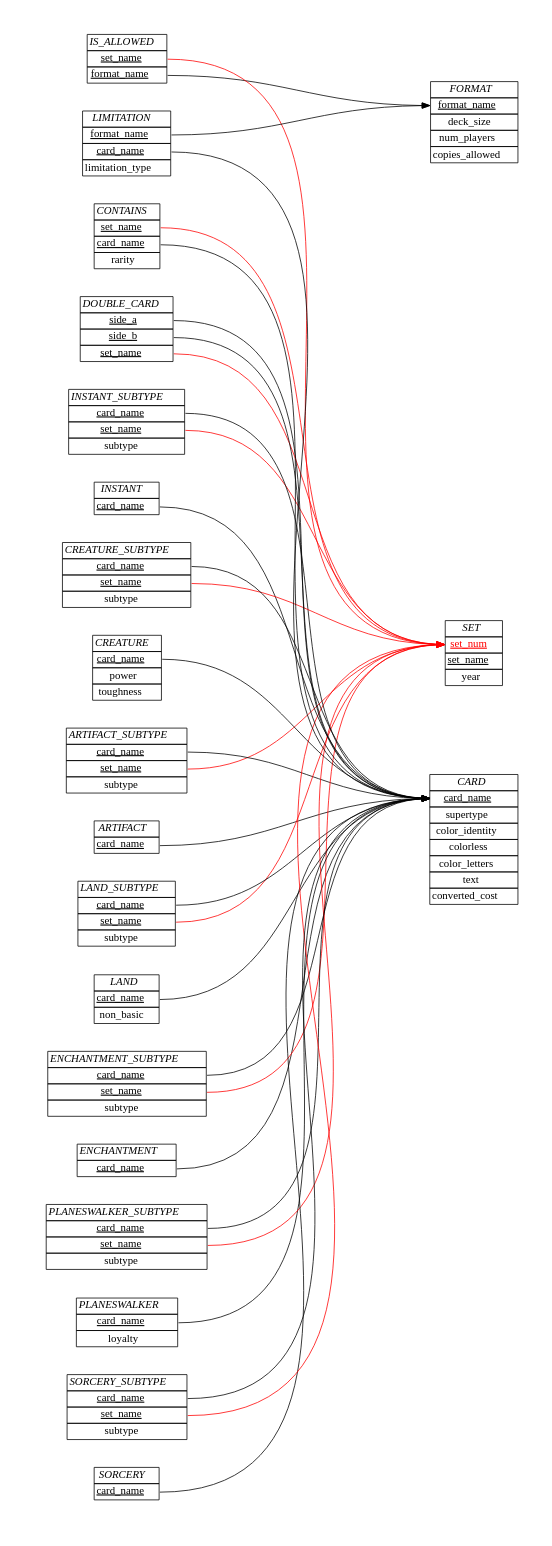
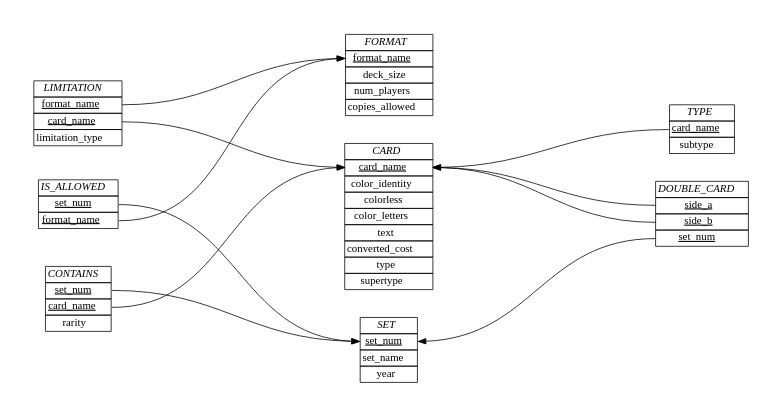
The diagram in schema/ER_diagram.dot (akilmarshall/trumark), drawn with Graphviz before and after one commit. The commit also changed 1 other file, not shown here.

Commit message:
updated the schema diagram

```diff
--- a/schema/ER_diagram.dot
+++ b/schema/ER_diagram.dot
@@ -11,162 +11,62 @@
         <tr><td port="3">num_players</td></tr>
         <tr><td port="4">copies_allowed</td></tr>
         </table>>];
+
     Set [label=<
         <table border="0" cellborder="1" cellspacing="0">
         <tr><td><i>SET</i></td></tr>
-        <tr><td port="1"><u><font color="red">set_num</font></u></td></tr>
-        <tr><td port="1"><u><font color="black">set_name</font></u></td></tr>
+        <tr><td port="1"><u><font color="black">set_num</font></u></td></tr>
+        <tr><td port="1"><font color="black">set_name</font></td></tr>
         <tr><td port="2">year</td></tr>
         </table>>];
+
     Card [label=<
         <table border="0" cellborder="1" cellspacing="0">
         <tr><td><i>CARD</i></td></tr>
         <tr><td port="1"><u><font color="black">card_name</font></u></td></tr>
-        <tr><td port="3">supertype</td></tr>
-        <tr><td port="4">color_identity</td></tr>
-        <tr><td port="5">colorless</td></tr>
-        <tr><td port="6">color_letters</td></tr>
-        <tr><td port="7">text</td></tr>
-        <tr><td port="8">converted_cost</td></tr>
+        <tr><td port="6">color_identity</td></tr>
+        <tr><td port="7">colorless</td></tr>
+        <tr><td port="8">color_letters</td></tr>
+        <tr><td port="9">text</td></tr>
+        <tr><td port="10">converted_cost</td></tr>
+        </table>>];
 
+    Card [label=<
+        <table border="0" cellborder="1" cellspacing="0">
+        <tr><td><i>CARD</i></td></tr>
+        <tr><td port="1"><u><font color="black">card_name</font></u></td></tr>
+        <tr><td port="2">color_identity</td></tr>
+        <tr><td port="3">colorless</td></tr>
+        <tr><td port="4">color_letters</td></tr>
+        <tr><td port="5">text</td></tr>
+        <tr><td port="6">converted_cost</td></tr>
+        <tr><td port="7">type</td></tr>
+        <tr><td port="8">supertype</td></tr>
         </table>>];
-        subgraph cluster_artifact {
-            rank=same;
-            style=invis;
-            Artifact [label=<
-                <table border="0" cellborder="1" cellspacing="0">
-                <tr><td><i>ARTIFACT</i></td></tr>
-                <tr><td port="1"><u>card_name</u></td></tr>
-                </table>>];
-            Artifact_subtype [label=<
-                <table border="0" cellborder="1" cellspacing="0">
-                <tr><td><i>ARTIFACT_SUBTYPE</i></td></tr>
-                <tr><td port="1"><u>card_name</u></td></tr>
-                <tr><td port="2"><u>set_name</u></td></tr>
-                <tr><td port="2">subtype</td></tr>
-                </table>>];
-        }
-        subgraph cluster_land {
-            rank=same;
-            style=invis;
-            Land [label=<
-                <table border="0" cellborder="1" cellspacing="0">
-                <tr><td><i>LAND</i></td></tr>
-                <tr><td port="1"><u>card_name</u></td></tr>
-                <tr><td port="2">non_basic</td></tr>
-                </table>>];
-            Land_subtype [label=<
-                <table border="0" cellborder="1" cellspacing="0">
-                <tr><td><i>LAND_SUBTYPE</i></td></tr>
-                <tr><td port="1"><u>card_name</u></td></tr>
-                <tr><td port="2"><u>set_name</u></td></tr>
-                <tr><td port="2">subtype</td></tr>
-                </table>>];
-            }
-        subgraph cluster_enchantment {
-            rank=same;
-            style=invis;
-            Enchantment [label=<
-                <table border="0" cellborder="1" cellspacing="0">
-                <tr><td><i>ENCHANTMENT</i></td></tr>
-                <tr><td port="1"><u>card_name</u></td></tr>
-                </table>>];
-            Enchantment_subtype [label=<
-                <table border="0" cellborder="1" cellspacing="0">
-                <tr><td><i>ENCHANTMENT_SUBTYPE</i></td></tr>
-                <tr><td port="1"><u>card_name</u></td></tr>
-                <tr><td port="2"><u>set_name</u></td></tr>
-                <tr><td port="2">subtype</td></tr>
-                </table>>];
-            }
-        subgraph cluster_planeswalker {
-            rank=same;
-            style=invis;
-            Planeswalker [label=<
-                <table border="0" cellborder="1" cellspacing="0">
-                <tr><td><i>PLANESWALKER</i></td></tr>
-                <tr><td port="1"><u>card_name</u></td></tr>
-                <tr><td port="3">loyalty</td></tr>
-                </table>>];
-            Planeswalker_subtype [label=<
-                <table border="0" cellborder="1" cellspacing="0">
-                <tr><td><i>PLANESWALKER_SUBTYPE</i></td></tr>
-                <tr><td port="1"><u>card_name</u></td></tr>
-                <tr><td port="2"><u>set_name</u></td></tr>
-                <tr><td port="2">subtype</td></tr>
-                </table>>];
-            }
-        subgraph cluster_sorcery {
-            rank=same;
-            style=invis;
-            Sorcery [label=<
-                <table border="0" cellborder="1" cellspacing="0">
-                <tr><td><i>SORCERY</i></td></tr>
-                <tr><td port="1"><u>card_name</u></td></tr>
-                </table>>];
-            Sorcery_subtype [label=<
-                <table border="0" cellborder="1" cellspacing="0">
-                <tr><td><i>SORCERY_SUBTYPE</i></td></tr>
-                <tr><td port="1"><u>card_name</u></td></tr>
-                <tr><td port="2"><u>set_name</u></td></tr>
-                <tr><td port="2">subtype</td></tr>
-                </table>>];
-            }
-        subgraph cluster_instant {
-            rank=same;
-            style=invis;
-            Instant [label=<
-                <table border="0" cellborder="1" cellspacing="0">
-                <tr><td><i>INSTANT</i></td></tr>
-                <tr><td port="1"><u>card_name</u></td></tr>
-                </table>>];
-            Instant_subtype [label=<
-                <table border="0" cellborder="1" cellspacing="0">
-                <tr><td><i>INSTANT_SUBTYPE</i></td></tr>
-                <tr><td port="1"><u>card_name</u></td></tr>
-                <tr><td port="2"><u>set_name</u></td></tr>
-                <tr><td port="2">subtype</td></tr>
-                </table>>];
-            }
-        subgraph cluster_creature {
-            rank=same;
-            style=invis;
-            Creature [label=<
-                <table border="0" cellborder="1" cellspacing="0">
-                <tr><td><i>CREATURE</i></td></tr>
-                <tr><td port="1"><u>card_name</u></td></tr>
-                <tr><td port="3">power</td></tr>
-                <tr><td port="4">toughness</td></tr>
-                </table>>];
-            Creature_subtype [label=<
-                <table border="0" cellborder="1" cellspacing="0">
-                <tr><td><i>CREATURE_SUBTYPE</i></td></tr>
-                <tr><td port="1"><u>card_name</u></td></tr>
-                <tr><td port="2"><u>set_name</u></td></tr>
-                <tr><td port="2">subtype</td></tr>
-                </table>>];
-            }
 
     Contains [label=<
         <table border="0" cellborder="1" cellspacing="0">
         <tr><td><i>CONTAINS</i></td></tr>
-        <tr><td port="1"><u>set_name</u></td></tr>
+        <tr><td port="1"><u>set_num</u></td></tr>
         <tr><td port="2"><u>card_name</u></td></tr>
         <tr><td port="3">rarity</td></tr>
         </table>>];
+
     Is_allowed [label=<
         <table border="0" cellborder="1" cellspacing="0">
         <tr><td><i>IS_ALLOWED</i></td></tr>
-        <tr><td port="1"><u>set_name</u></td></tr>
+        <tr><td port="1"><u>set_num</u></td></tr>
         <tr><td port="2"><u>format_name</u></td></tr>
         </table>>];
+
     Double_card [label=<
         <table border="0" cellborder="1" cellspacing="0">
         <tr><td><i>DOUBLE_CARD</i></td></tr>
         <tr><td port="1"><u>side_a</u></td></tr>
         <tr><td port="2"><u>side_b</u></td></tr>
-        <tr><td port="3"><u>set_name</u></td></tr>
+        <tr><td port="3"><u>set_num</u></td></tr>
         </table>>];
+
     Limitation [label=< <table border="0" cellborder="1" cellspacing="0">
     <tr><td><i>LIMITATION</i></td></tr>
     <tr><td port="1"><u>format_name</u></td></tr>
@@ -174,45 +74,27 @@
     <tr><td port="3">limitation_type</td></tr>
     </table>>];
 
-    Contains:1 -> Set:1 [color=red];
+    Subtype [label=<
+        <table border="0" cellborder="1" cellspacing="0">
+        <tr><td><i>TYPE</i></td></tr>
+        <tr><td port="1"><u>card_name</u></td></tr>
+        <tr><td port="2">subtype</td></tr>
+        </table>>];
+
+    Is_allowed:1 -> Set:1 [color=black];
+    Is_allowed:2 -> Format:1;
+
+    Contains:1 -> Set:1 [color=black];
     Contains:2 -> Card:1;
-
-    Is_allowed:1 -> Set:1 [color=red];
-    Is_allowed:2 -> Format:1;
 
     Limitation:1 -> Format:1;
     Limitation:2 -> Card:1;
 
-    Double_card:1 -> Card:1;
-    Double_card:2 -> Card:1;
+    edge [dir="back"];
 
-    Artifact:1 -> Card:1;
-    Artifact_subtype:1 -> Card:1;
-    Artifact_subtype:2 -> Set:1 [color=red];
+    Card:1 -> Subtype:1 ;
 
-    Creature:1 -> Card:1;
-    Creature_subtype:1 -> Card:1
-    Creature_subtype:2 -> Set:1 [color=red];
-
-    Land:1 -> Card:1;
-    Land_subtype:1 -> Card:1;
-    Land_subtype:2 -> Set:1 [color=red];
-
-    Enchantment:1 -> Card:1;
-    Enchantment_subtype:1 -> Card:1;
-    Enchantment_subtype:2 -> Set:1 [color=red];
-
-    Planeswalker:1 -> Card:1;
-    Planeswalker_subtype:1 -> Card:1;
-    Planeswalker_subtype:2 -> Set:1 [color=red];
-
-    Sorcery:1 -> Card:1;
-    Sorcery_subtype:1 -> Card:1;
-    Sorcery_subtype:2 -> Set:1 [color=red];
-
-    Instant:1 -> Card:1;
-    Instant_subtype:1 -> Card:1;
-    Instant_subtype:2 -> Set:1 [color=red];
-
-    Double_card:3 -> Set:1 [color=red];
+    Card:1 -> Double_card:1;
+    Card:1 -> Double_card:2;
+    Set:1 -> Double_card:3;
 }
```
